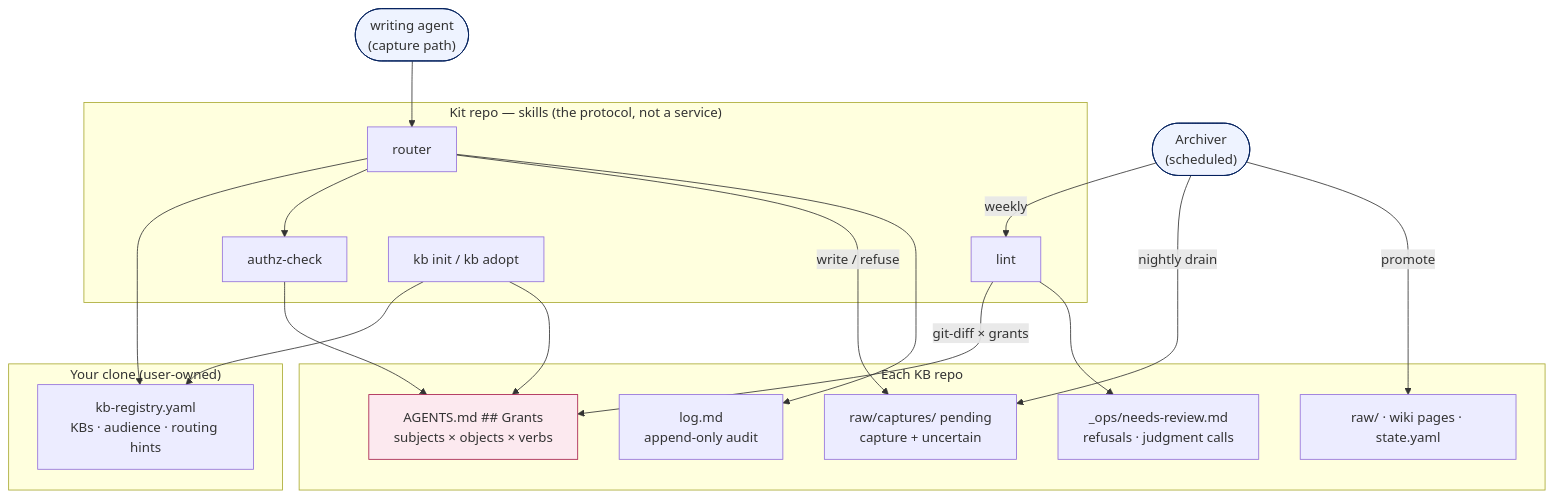
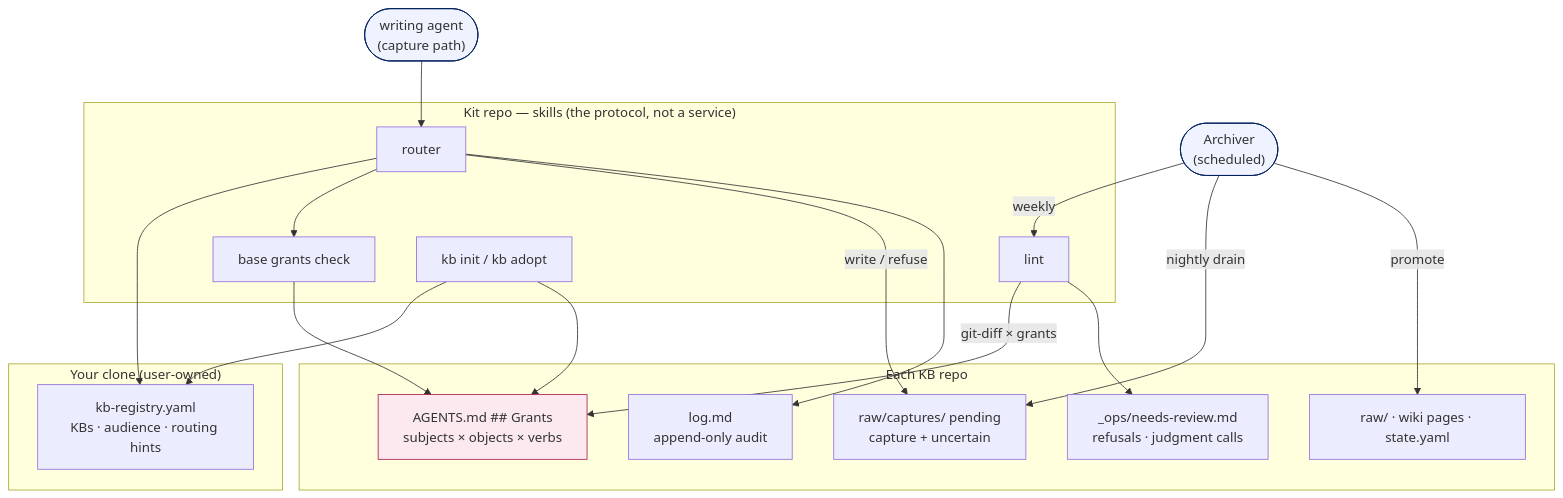
One commit to AlmogBaku/aos changed the first of 5 diagrams in design/kb-authorization.md. Above: the diagram before and after it, drawn with Mermaid. The commit also changed other lines of this file and 9 other files, not shown here.

````diff
--- a/design/kb-authorization.md
+++ b/design/kb-authorization.md
@@ -51,36 +51,36 @@
 ```mermaid
 flowchart TB
     subgraph kit["Kit repo — skills (the protocol, not a service)"]
       RT["router"]
-      AZ["authz-check"]
+      AZ["base grants check"]
       LN["lint"]
       IA["kb init / kb adopt"]
     end
     subgraph clone["Your clone (user-owned)"]
       REG["kb-registry.yaml<br/>KBs · audience · routing hints"]
     end
     subgraph kbrepo["Each KB repo"]
       GR["AGENTS.md ## Grants<br/>subjects × objects × verbs"]
       INB["raw/captures/ pending<br/>capture + uncertain"]
       NR["_ops/needs-review.md<br/>refusals · judgment calls"]
       LOG["log.md<br/>append-only audit"]
       DATA["raw/ · wiki pages · state.yaml"]
     end
     WA(["writing agent<br/>(capture path)"]) --> RT
     RT --> REG
     RT --> AZ
     AZ --> GR
     RT -->|write / refuse| INB
     RT --> LOG
     AR(["Archiver<br/>(scheduled)"]) -->|nightly drain| INB
     AR -->|weekly| LN
     LN -->|"git-diff × grants"| GR
     LN --> NR
     AR -->|promote| DATA
     IA --> REG
     IA --> GR
 
     style WA fill:#EEF3FF,stroke:#001F5C
     style AR fill:#EEF3FF,stroke:#001F5C
     style GR fill:#FCE9EF,stroke:#A61E4D
 ```
````
